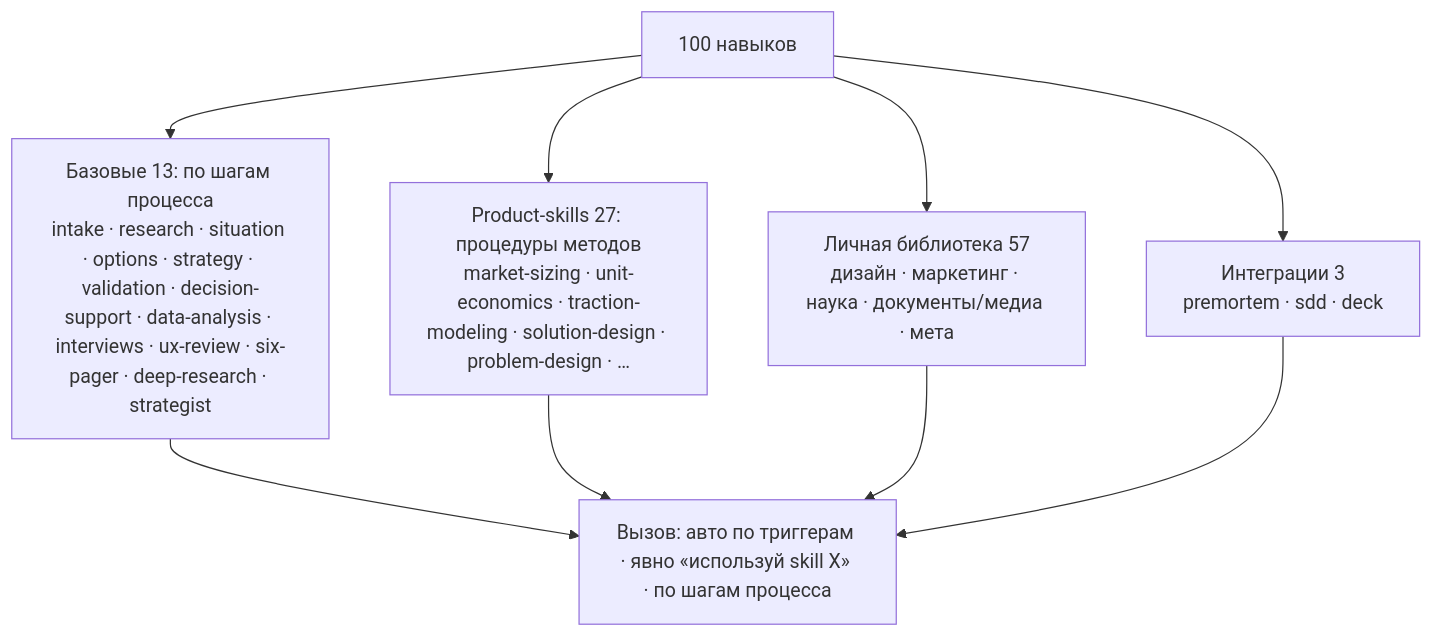
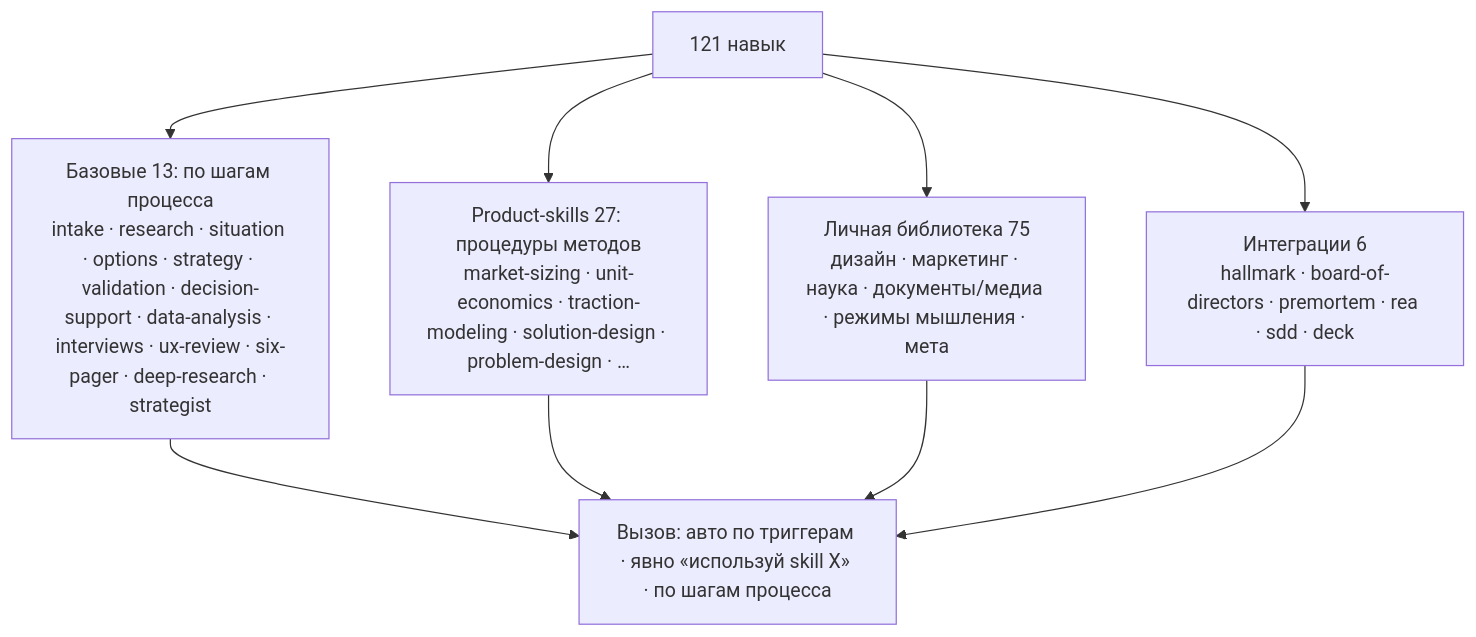
One commit to Fighter90/product-factory-strategist changed the third of 4 diagrams in README.md. Above: the diagram before and after it, drawn with Mermaid. The commit also changed other lines of this file and 372 other files, not shown here.

````diff
--- a/README.md
+++ b/README.md
@@ -220,8 +220,8 @@
 ```mermaid
 flowchart TB
-  SK["100 навыков"] --> B["Базовые 13: по шагам процесса<br/>intake · research · situation · options · strategy · validation · decision-support · data-analysis · interviews · ux-review · six-pager · deep-research · strategist"]
+  SK["121 навык"] --> B["Базовые 13: по шагам процесса<br/>intake · research · situation · options · strategy · validation · decision-support · data-analysis · interviews · ux-review · six-pager · deep-research · strategist"]
   SK --> P["Product-skills 27: процедуры методов<br/>market-sizing · unit-economics · traction-modeling · solution-design · problem-design · …"]
-  SK --> L["Личная библиотека 57<br/>дизайн · маркетинг · наука · документы/медиа · мета"]
-  SK --> INT["Интеграции 3<br/>premortem · sdd · deck"]
+  SK --> L["Личная библиотека 75<br/>дизайн · маркетинг · наука · документы/медиа · режимы мышления · мета"]
+  SK --> INT["Интеграции 6<br/>hallmark · board-of-directors · premortem · rea · sdd · deck"]
   B & P & L & INT --> INV["Вызов: авто по триггерам · явно «используй skill X» · по шагам процесса"]
 ```
````
